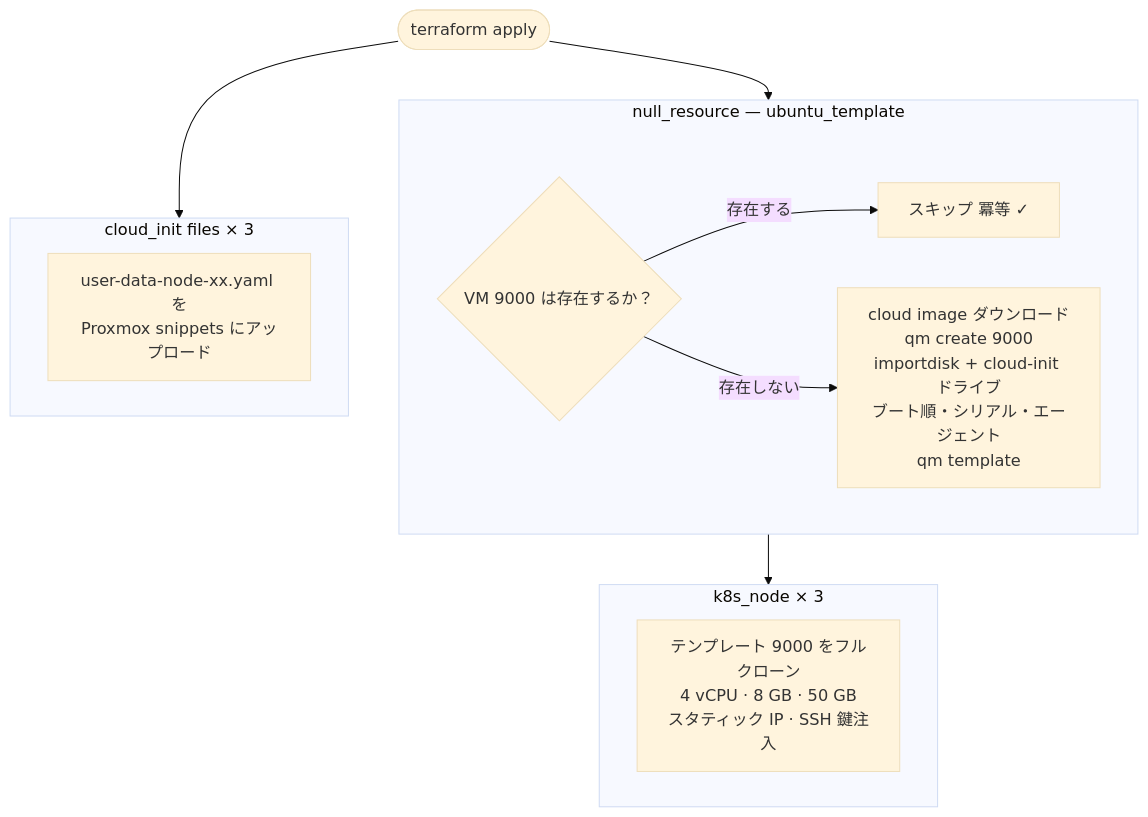
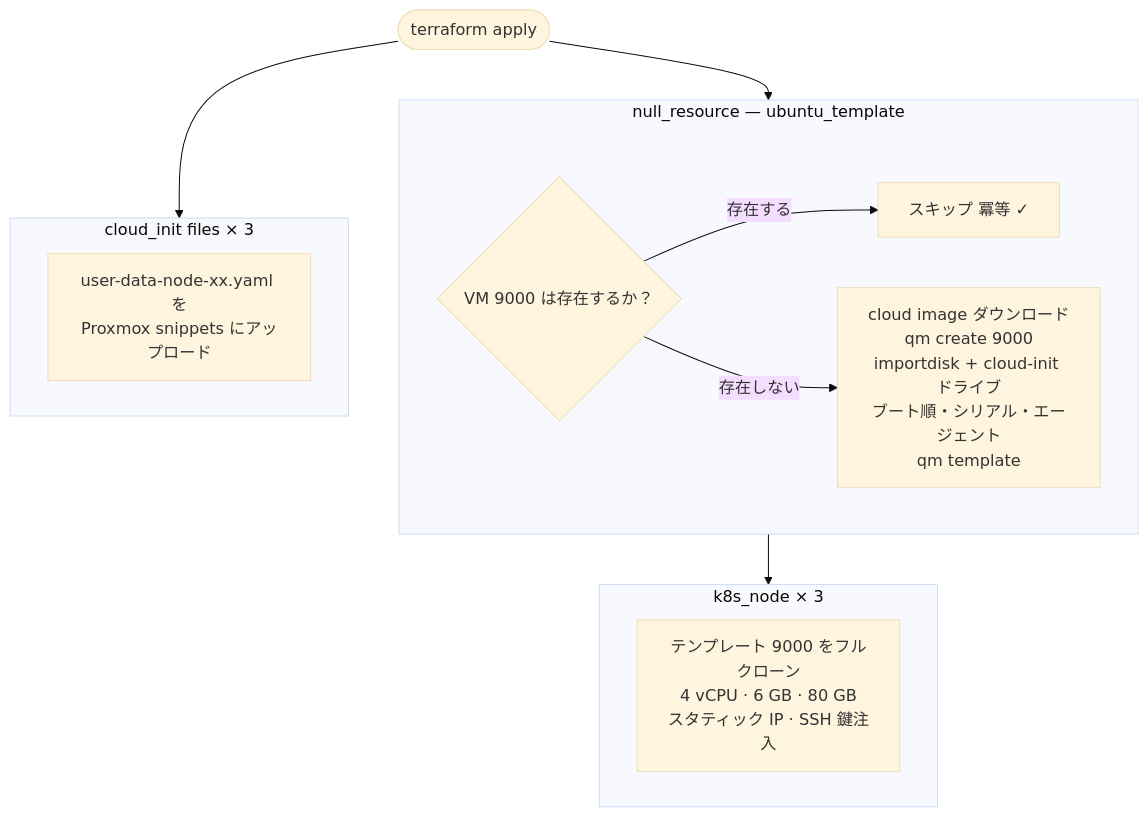
Before and after one commit to shayate811/lovelab: the fourth of 5 diagrams in README.md, drawn with Mermaid (base theme). The commit also changed other lines of this file and 2 other files, not shown here.

````diff
--- a/README.md
+++ b/README.md
@@ -568,22 +568,22 @@
 ```mermaid
 flowchart TD
     A(["terraform apply"])
 
     A --> NR
     A --> CI
     NR --> VM
 
     subgraph NR["null_resource — ubuntu_template"]
         C{"VM 9000 は存在するか？"}
         C -- 存在する --> D["スキップ  冪等 ✓"]
         C -- 存在しない --> E["cloud image ダウンロード\nqm create 9000\nimportdisk + cloud-init ドライブ\nブート順・シリアル・エージェント\nqm template"]
     end
 
     subgraph CI["cloud_init files × 3"]
         F["user-data-node-xx.yaml を\nProxmox snippets にアップロード"]
     end
 
     subgraph VM["k8s_node × 3"]
-        G["テンプレート 9000 をフルクローン\n4 vCPU · 8 GB · 50 GB\nスタティック IP · SSH 鍵注入"]
+        G["テンプレート 9000 をフルクローン\n4 vCPU · 6 GB · 80 GB\nスタティック IP · SSH 鍵注入"]
     end
 ```
````
